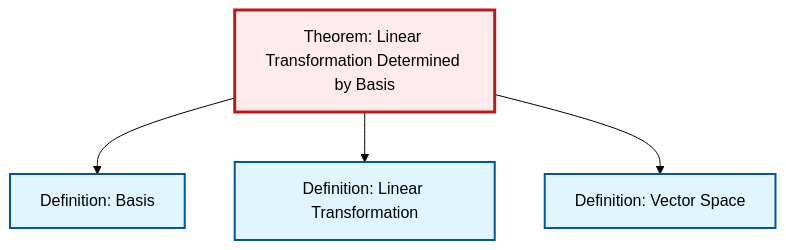
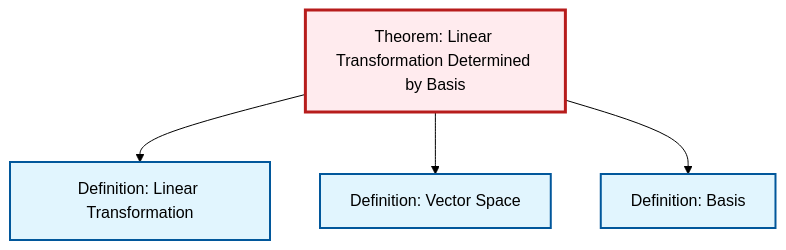
Before and after one commit to RK0429/ModernMath: the diagram in content/en/algebra/thm-linear-transformation-basis.qmd, drawn with Mermaid (forest theme). The commit also changed 511 other files, not shown here.

````diff
--- a/content/en/algebra/thm-linear-transformation-basis.qmd
+++ b/content/en/algebra/thm-linear-transformation-basis.qmd
@@ -47,21 +47,17 @@
 ```{mermaid}
 %%| fig-cap: "Local dependency graph"
 graph TD
     classDef definition fill:#e1f5fe,stroke:#01579b,stroke-width:2px
     classDef theorem fill:#f3e5f5,stroke:#4a148c,stroke-width:2px
     classDef axiom fill:#fff3e0,stroke:#e65100,stroke-width:2px
     classDef example fill:#e8f5e9,stroke:#1b5e20,stroke-width:2px
     classDef current fill:#ffebee,stroke:#b71c1c,stroke-width:3px
+    thm-linear-transformation-basis["Theorem: Linear Transformation Determined by Basis"]:::theorem
     def-linear-transformation["Definition: Linear Transformation"]:::definition
-    thm-linear-transformation-basis["Theorem: Linear Transformation Determined by Basis"]:::theorem
+    def-basis["Definition: Basis"]:::definition
     def-vector-space["Definition: Vector Space"]:::definition
-    def-basis["Definition: Basis"]:::definition
-    thm-linear-transformation-basis --> def-basis
     thm-linear-transformation-basis --> def-linear-transformation
     thm-linear-transformation-basis --> def-vector-space
+    thm-linear-transformation-basis --> def-basis
     class thm-linear-transformation-basis current
-
-    click def-linear-transformation "def-linear-transformation.html" "Go to Linear Transformation definition"
-    click def-vector-space "def-vector-space.html" "Go to Vector Space definition"
-    click def-basis "def-basis.html" "Go to Basis definition"
 ```
````
